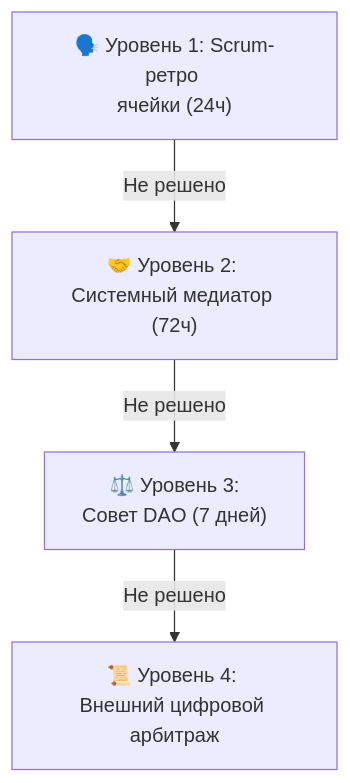
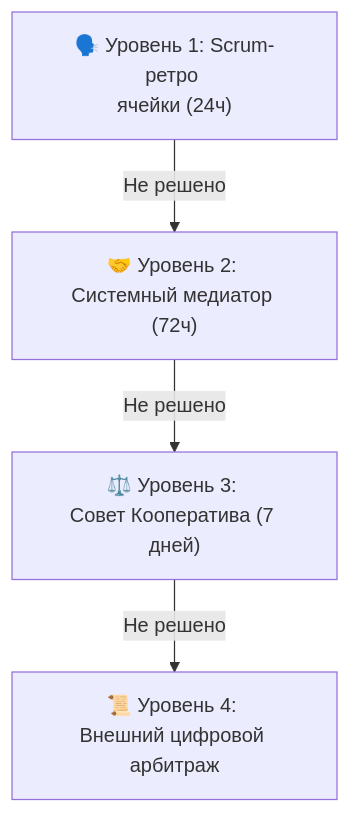
The third of 3 diagrams in ТЭО_Родовое_Поместье_Кейс/ТЭО_Родовое_Поместье_Раздел_9_Организационная_структура.md (NeuroLoft/NEURO-ESTATE), drawn with Mermaid before and after one commit. The commit also changed other lines of this file and 19 other files, not shown here.

````diff
--- a/ТЭО_Родовое_Поместье_Кейс/ТЭО_Родовое_Поместье_Раздел_9_Организационная_структура.md
+++ b/ТЭО_Родовое_Поместье_Кейс/ТЭО_Родовое_Поместье_Раздел_9_Организационная_структура.md
@@ -123,6 +123,6 @@
 ```mermaid
 flowchart TB
     C1["🗣️ Уровень 1: Scrum-ретро \nячейки (24ч)"] -->|"Не решено"| C2["🤝 Уровень 2: \nСистемный медиатор (72ч)"]
-    C2 -->|"Не решено"| C3["⚖️ Уровень 3: \nСовет DAO (7 дней)"]
+    C2 -->|"Не решено"| C3["⚖️ Уровень 3: \nСовет Кооператива (7 дней)"]
     C3 -->|"Не решено"| C4["📜 Уровень 4: \nВнешний цифровой арбитраж"]
 ```
````
